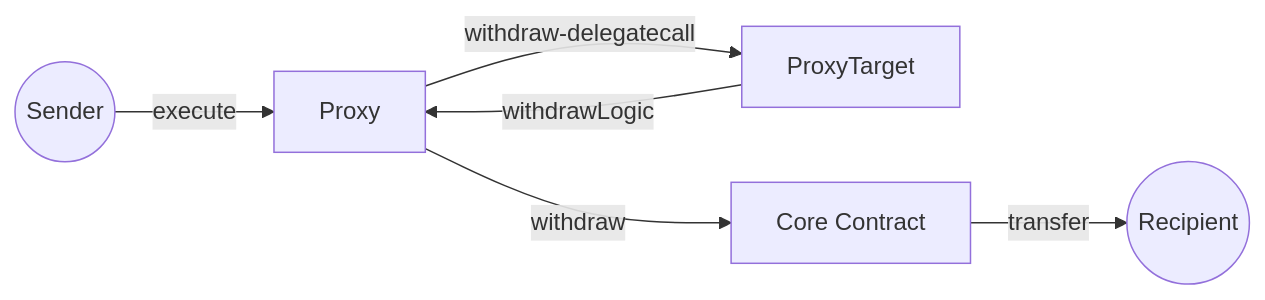
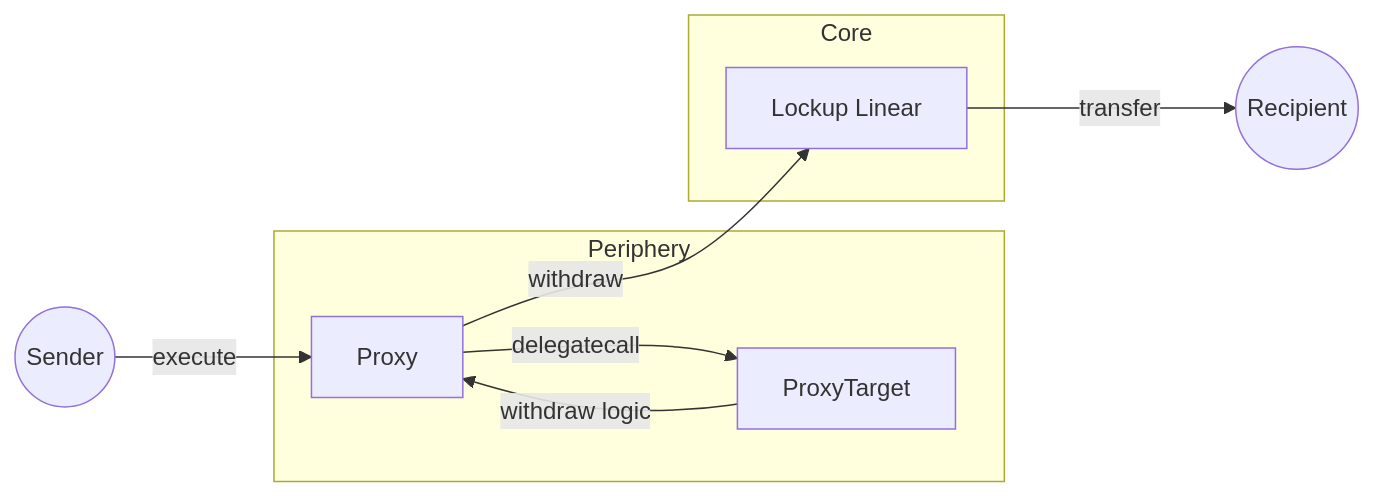
The fifth of 8 diagrams in docs/contracts/v2/reference/02-diagrams.md (sablier-labs/docs), drawn with Mermaid before and after one commit. The commit also changed other lines of this file, not shown here.

Commit message:
perf: polish diagrams

````diff
--- a/docs/contracts/v2/reference/02-diagrams.md
+++ b/docs/contracts/v2/reference/02-diagrams.md
@@ -131,14 +135,18 @@
 ```mermaid
 flowchart LR
   S((Sender))
+  subgraph Periphery
+    P[Proxy]
+    PT[ProxyTarget]
+  end
+  subgraph Core
+    LL[Lockup Linear]
+  end
   R((Recipient))
-  P[Proxy]
-  PT[ProxyTarget]
-  CC[Core Contract]
 
   S -- "execute" --> P
-  P -- "withdraw-delegatecall" --> PT
-  PT -- "withdrawLogic" --> P
-  P -- "withdraw" --> CC
-  CC -- "transfer" --> R
+  P -- "delegatecall" --> PT
+  PT -- "withdraw logic" --> P
+  P -- "withdraw" --> LL
+  LL -- "transfer" ---> R
 ```
````
